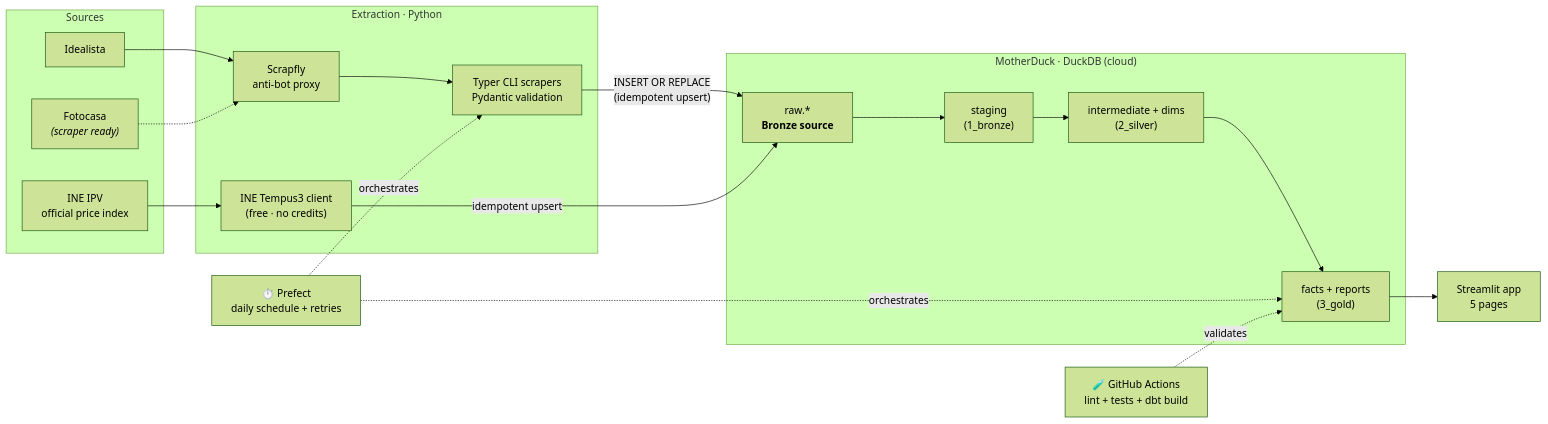
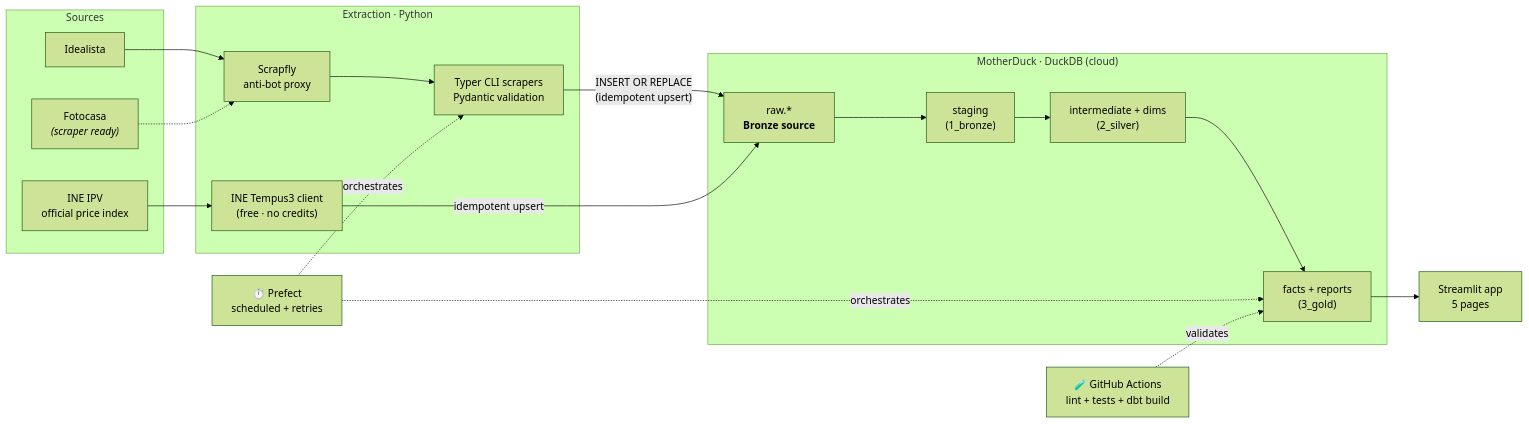
The diagram in README.md (carlosdmv7/spanish-housing-radar), drawn with Mermaid (forest theme) before and after one commit. The commit also changed other lines of this file and 6 other files, not shown here.

````diff
--- a/README.md
+++ b/README.md
@@ -66,36 +66,36 @@
 ```mermaid
 flowchart LR
     subgraph SRC["Sources"]
         I["Idealista"]
         F["Fotocasa<br/><i>(scraper ready)</i>"]
         N["INE IPV<br/>official price index"]
     end
 
     subgraph EXTRACT["Extraction · Python"]
         SC["Scrapfly<br/>anti-bot proxy"]
         PY["Typer CLI scrapers<br/>Pydantic validation"]
         NE["INE Tempus3 client<br/>(free · no credits)"]
     end
 
     subgraph WH["MotherDuck · DuckDB (cloud)"]
         RAW["raw.*<br/><b>Bronze source</b>"]
         BRONZE["staging<br/>(1_bronze)"]
         SILVER["intermediate + dims<br/>(2_silver)"]
         GOLD["facts + reports<br/>(3_gold)"]
     end
 
     APP["Streamlit app<br/>5 pages"]
 
     I --> SC --> PY
     F -.-> SC
     N --> NE
     PY -->|"INSERT OR REPLACE<br/>(idempotent upsert)"| RAW
     NE -->|"idempotent upsert"| RAW
     RAW --> BRONZE --> SILVER --> GOLD --> APP
 
-    ORCH["⏱️ Prefect<br/>daily schedule + retries"]
+    ORCH["⏱️ Prefect<br/>scheduled + retries"]
     CI["🧪 GitHub Actions<br/>lint + tests + dbt build"]
     ORCH -.orchestrates.-> PY
     ORCH -.orchestrates.-> GOLD
     CI -.validates.-> GOLD
 ```
````
